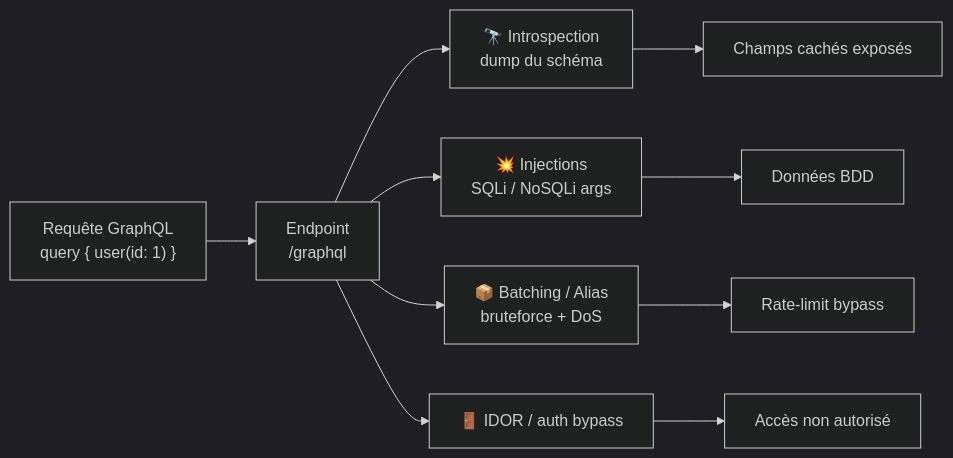
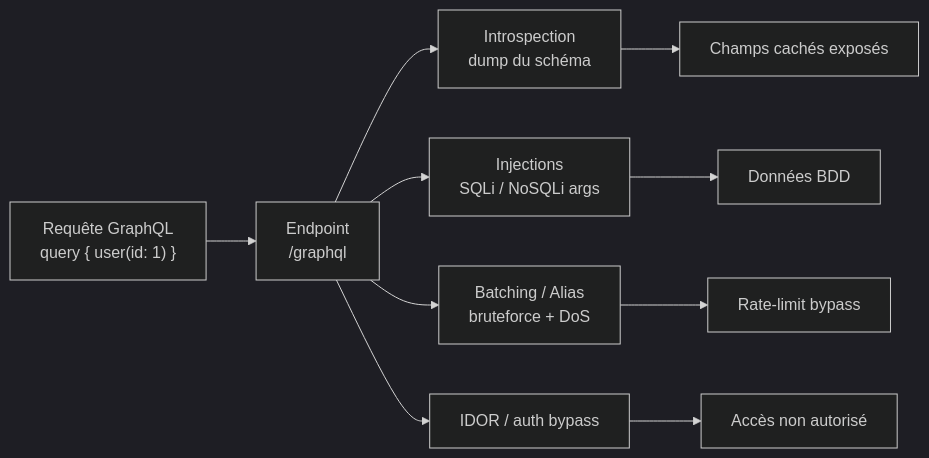
Before and after one commit to F0X-hack/foxhack.fr: the diagram in public/offsidian/vault/Cybersécurité Offensive/Techniques/GraphQL.md, drawn with Mermaid (dark theme). The commit also changed other lines of this file and 369 other files, not shown here.

````diff
--- a/public/offsidian/vault/Cybersécurité Offensive/Techniques/GraphQL.md
+++ b/public/offsidian/vault/Cybersécurité Offensive/Techniques/GraphQL.md
@@ -26,12 +26,12 @@
 ```mermaid
 flowchart LR
     A["Requête GraphQL<br>query { user(id: 1) }"] --> B[Endpoint<br>/graphql]
-    B --> C[🔭 Introspection<br>dump du schéma]
-    B --> D[💥 Injections<br>SQLi / NoSQLi args]
-    B --> E[📦 Batching / Alias<br>bruteforce + DoS]
-    B --> F[🚪 IDOR / auth bypass]
+    B --> C[Introspection<br>dump du schéma]
+    B --> D[Injections<br>SQLi / NoSQLi args]
+    B --> E[Batching / Alias<br>bruteforce + DoS]
+    B --> F[IDOR / auth bypass]
     C --> G[Champs cachés exposés]
     D --> H[Données BDD]
     E --> I[Rate-limit bypass]
     F --> J[Accès non autorisé]
 ```
````
